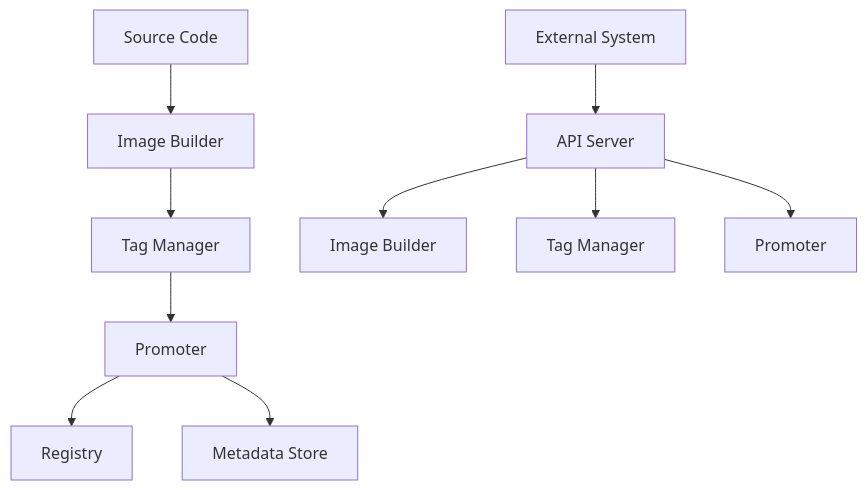
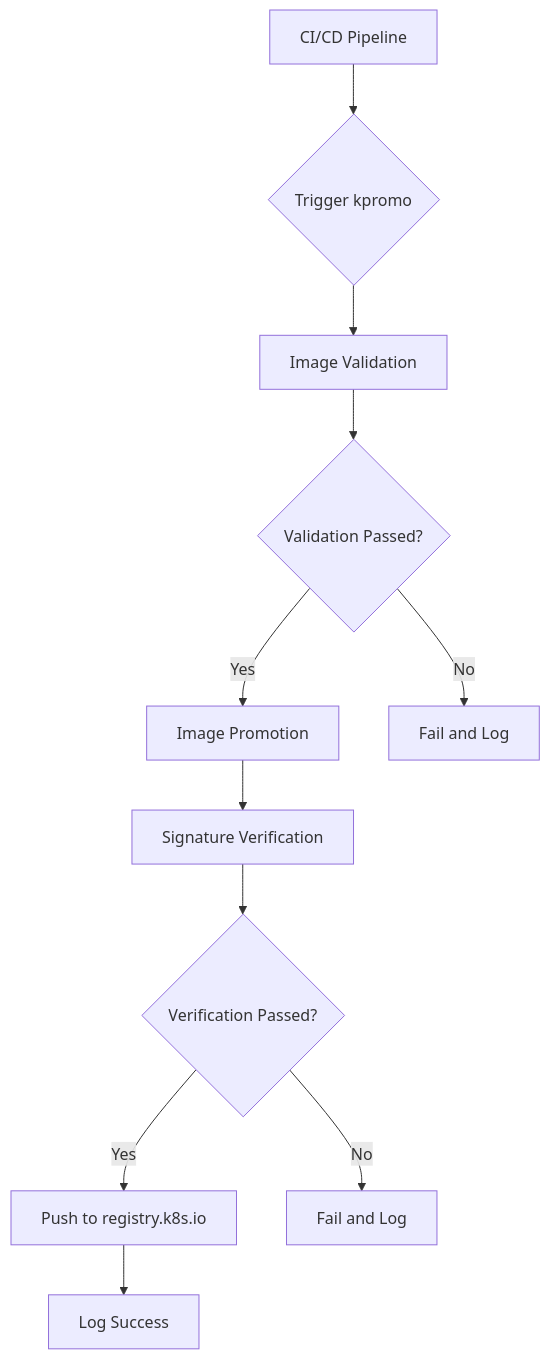
Before and after one commit to ape902/laoguo.github.io: the diagram in content/posts/2026-03-17-the-invisible-rewrite-modernizing-the-kubernetes-image-promoter.md, drawn with Mermaid. The commit also changed other lines of this file, not shown here.

Commit message:
发布新文章：2026-03-17-the-invisible-rewrite-modernizing-the-kubernetes-image-promoter.md

````diff
--- a/content/posts/2026-03-17-the-invisible-rewrite-modernizing-the-kubernetes-image-promoter.md
+++ b/content/posts/2026-03-17-the-invisible-rewrite-modernizing-the-kubernetes-image-promoter.md
@@ -285,12 +47,13 @@
 ```mermaid
 graph TD
-    A[Source Code] --> B[Image Builder]
-    B --> C[Tag Manager]
-    C --> D[Promoter]
-    D --> E[Registry]
-    D --> F[Metadata Store]
-    G[External System] --> H[API Server]
-    H --> I[Image Builder]
-    H --> J[Tag Manager]
-    H --> K[Promoter]
+    A[CI/CD Pipeline] --> B{Trigger kpromo}
+    B --> C[Image Validation]
+    C --> D{Validation Passed?}
+    D -->|Yes| E[Image Promotion]
+    D -->|No| F[Fail and Log]
+    E --> G[Signature Verification]
+    G --> H{Verification Passed?}
+    H -->|Yes| I[Push to registry.k8s.io]
+    H -->|No| J[Fail and Log]
+    I --> K[Log Success]
 ```
````
